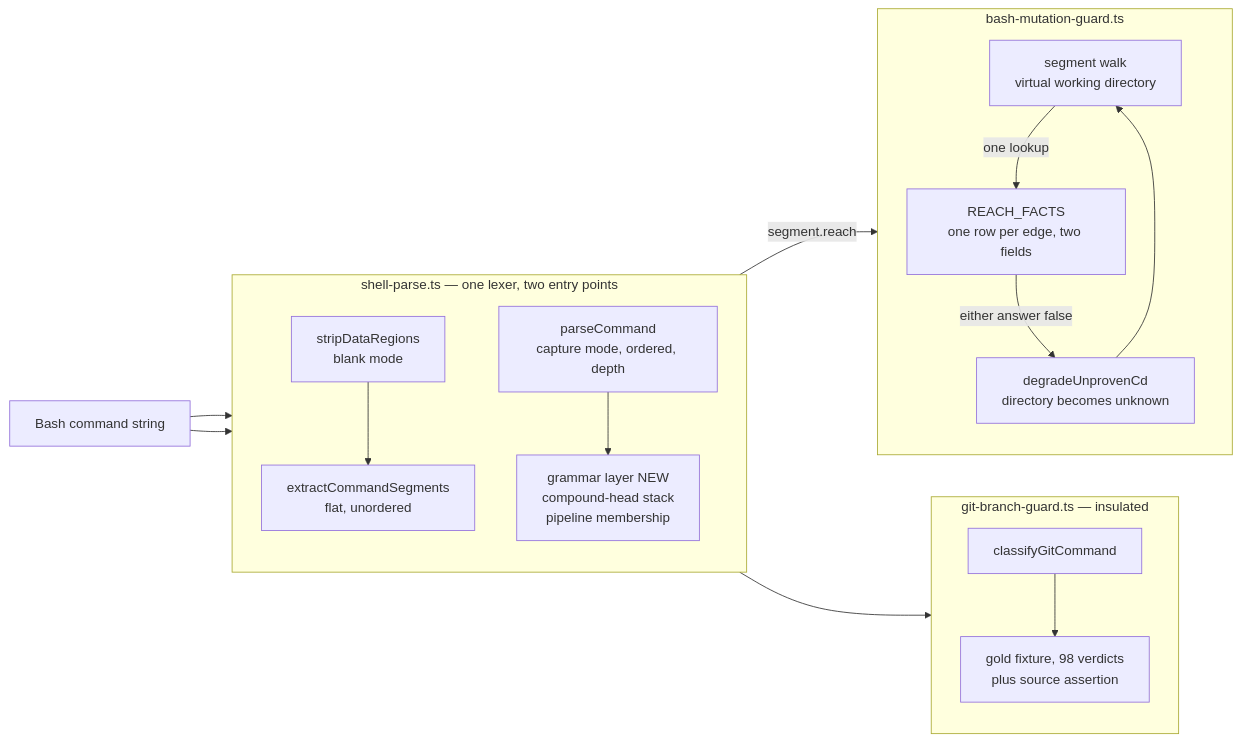
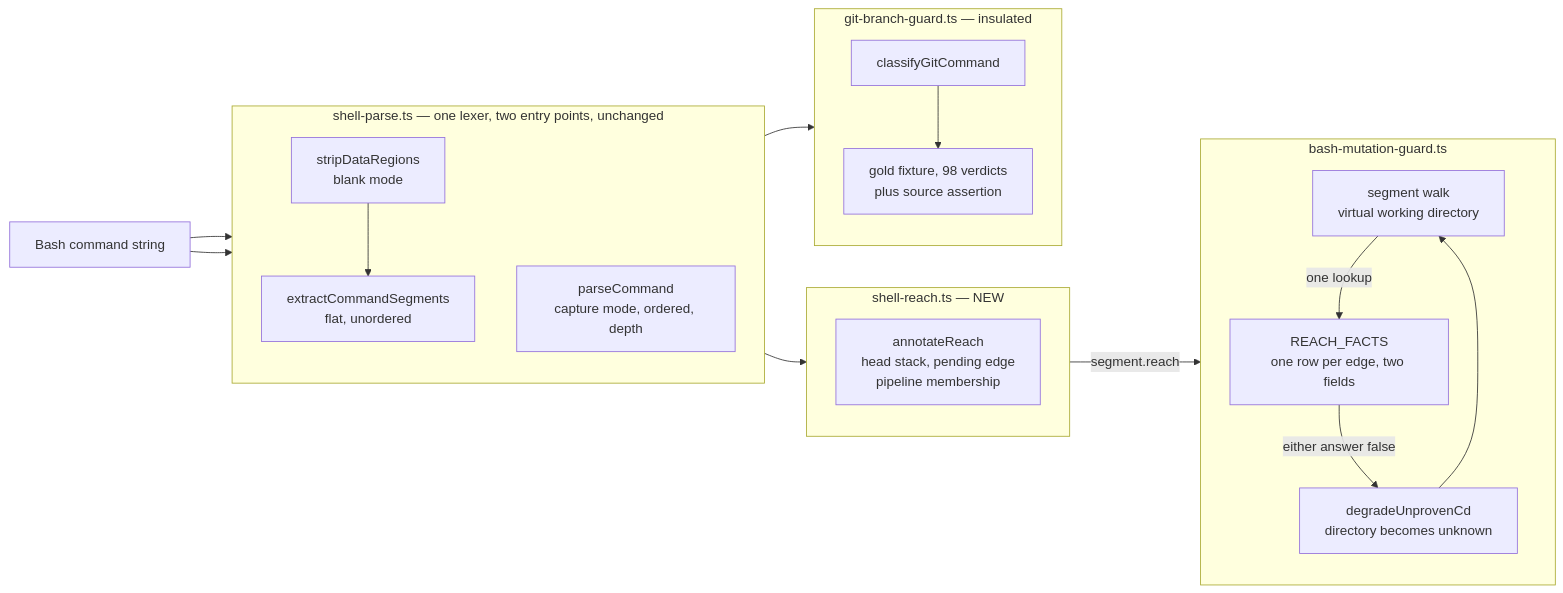
Before and after one commit to tenzoki/fusion: the first of 3 diagrams in fusion-workbench/circles/260804-1205-shell-reachability-model/planning/260806-2353_o_plan-shell-reachability-model.md, drawn with Mermaid. The commit also changed other lines of this file and 4 other files, not shown here.

First line of the commit message:
docs(workbench): die Modelluecke aus der Diagramm-Pruefung ist im Plan geschlossen

````diff
--- a/fusion-workbench/circles/260804-1205-shell-reachability-model/planning/260806-2353_o_plan-shell-reachability-model.md
+++ b/fusion-workbench/circles/260804-1205-shell-reachability-model/planning/260806-2353_o_plan-shell-reachability-model.md
@@ -98,33 +131,37 @@
 ```mermaid
 flowchart LR
   cmd["Bash command string"]
 
-  subgraph lexer["shell-parse.ts — one lexer, two entry points"]
+  subgraph lexer["shell-parse.ts — one lexer, two entry points, unchanged"]
     direction TB
     strip["stripDataRegions<br/>blank mode"]
     flat["extractCommandSegments<br/>flat, unordered"]
     parse["parseCommand<br/>capture mode, ordered, depth"]
-    grammar["grammar layer NEW<br/>compound-head stack<br/>pipeline membership"]
+  end
+
+  subgraph reach["shell-reach.ts — NEW"]
+    direction TB
+    grammar["annotateReach<br/>head stack, pending edge<br/>pipeline membership"]
   end
 
   subgraph git["git-branch-guard.ts — insulated"]
     direction TB
     gitcls["classifyGitCommand"]
     gold["gold fixture, 98 verdicts<br/>plus source assertion"]
   end
 
   subgraph mut["bash-mutation-guard.ts"]
     direction TB
     walk["segment walk<br/>virtual working directory"]
     facts["REACH_FACTS<br/>one row per edge, two fields"]
     degrade["degradeUnprovenCd<br/>directory becomes unknown"]
   end
 
   cmd --> strip --> flat --> gitcls
   gitcls --> gold
   cmd --> parse --> grammar
   grammar -->|"segment.reach"| walk
   walk -->|"one lookup"| facts
   facts -->|"either answer false"| degrade
   degrade --> walk
 ```
````
